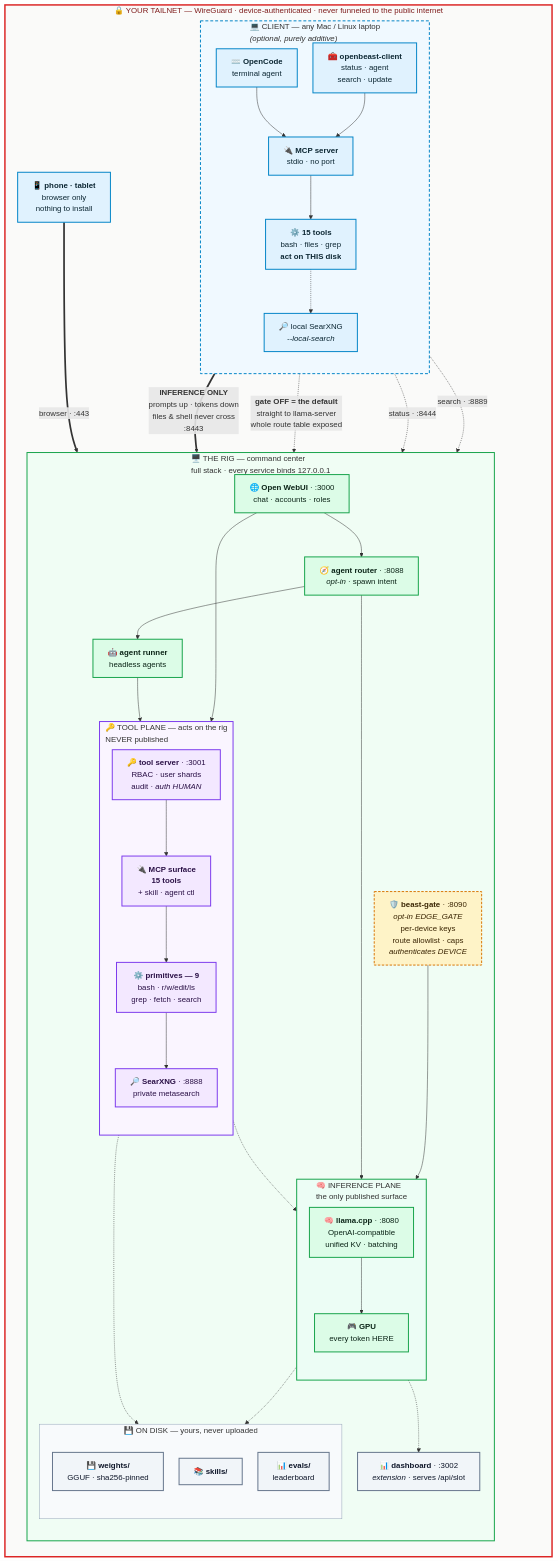
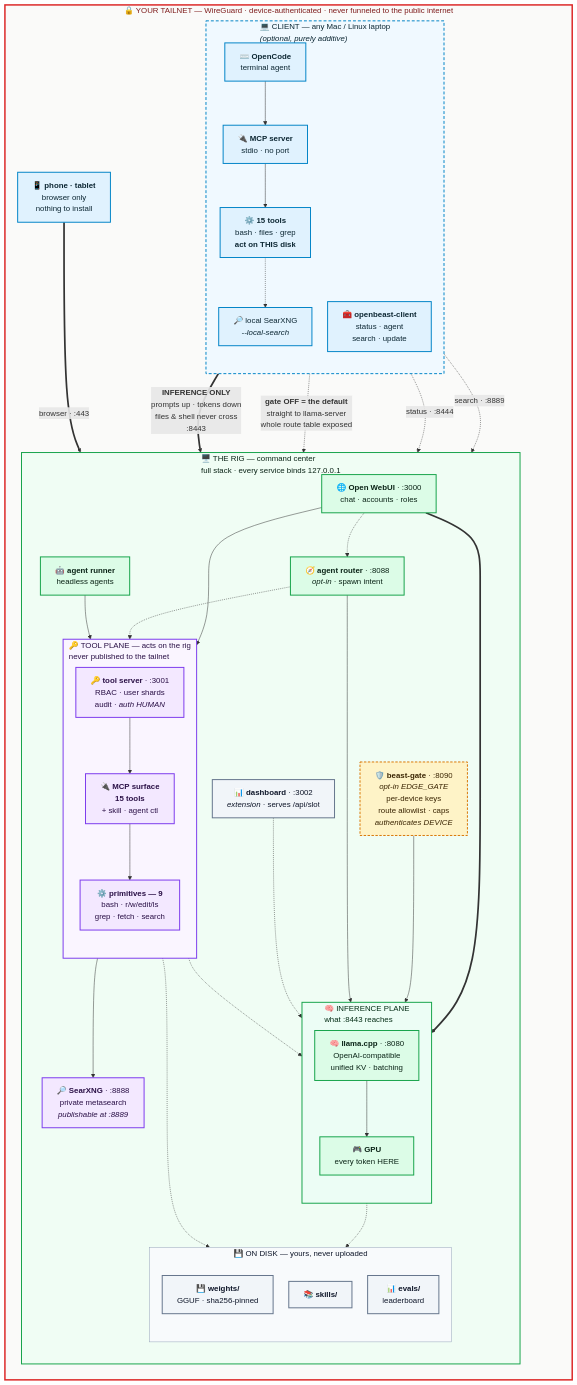
One commit to MaximilianKhan/openbeast changed the diagram in README.md. Above: the diagram before and after it, drawn with Mermaid. The commit also changed other lines of this file and 2 other files, not shown here.

````diff
--- a/README.md
+++ b/README.md
@@ -257,7 +267,6 @@
       ctools["⚙️ <b>15 tools</b><br/>bash · files · grep<br/><b>act on THIS disk</b>"]
       csx["🔎 local SearXNG<br/><i>--local-search</i>"]
       coc --> cmcp
-      ccli --> cmcp
       cmcp --> ctools
       ctools -.-> csx
     end
@@ -274,18 +283,19 @@
       router["🧭 <b>agent router</b> · :8088<br/><i>opt-in</i> · spawn intent"]
       runner["🤖 <b>agent runner</b><br/>headless agents"]
 
-      subgraph TOOLPLANE["🔑 TOOL PLANE — acts on the rig<br/>NEVER published"]
+      subgraph TOOLPLANE["🔑 TOOL PLANE — acts on the rig<br/>never published to the tailnet"]
         direction TB
         idsrv["🔑 <b>tool server</b> · :3001<br/>RBAC · user shards<br/>audit · <i>auth HUMAN</i>"]
         mcp["🔌 <b>MCP surface</b><br/><b>15 tools</b><br/>+ skill · agent ctl"]
         prim["⚙️ <b>primitives — 9</b><br/>bash · r/w/edit/ls<br/>grep · fetch · search"]
-        searx["🔎 <b>SearXNG</b> · :8888<br/>private metasearch"]
         idsrv --> mcp
         mcp --> prim
-        prim --> searx
       end
 
-      subgraph INFPLANE["🧠 INFERENCE PLANE<br/>the only published surface"]
+      searx["🔎 <b>SearXNG</b> · :8888<br/>private metasearch<br/><i>publishable at :8889</i>"]
+      prim --> searx
+
+      subgraph INFPLANE["🧠 INFERENCE PLANE<br/>what :8443 reaches"]
         direction TB
         llama["🧠 <b>llama.cpp</b> · :8080<br/>OpenAI-compatible<br/>unified KV · batching"]
         gpu["🎮 <b>GPU</b><br/>every token HERE"]
@@ -300,14 +310,15 @@
       end
 
       webui --> idsrv
-      webui --> router
-      router --> runner
+      webui ==> llama
+      webui -.-> router
+      router -.-> idsrv
       runner --> prim
       gate --> llama
       router --> llama
       prim -.-> llama
       llama -.-> weights
-      llama -.-> dash
+      dash -.-> llama
       mcp -.-> skills
     end
   end
@@ -329,9 +340,9 @@
   class idsrv,mcp,prim,searx tool;
   class weights,skills,evals,dash store;
   style TAILNET fill:#fafaf9,stroke:#dc2626,stroke-width:3px,color:#7f1d1d;
-  style CLIENTBOX fill:#f0f9ff,stroke:#0284c7,stroke-width:2px,stroke-dasharray:6 4;
-  style RIG fill:#f0fdf4,stroke:#16a34a,stroke-width:2px;
-  style TOOLPLANE fill:#faf5ff,stroke:#7c3aed,stroke-width:2px;
-  style INFPLANE fill:#ecfdf5,stroke:#16a34a,stroke-width:2px;
-  style ASSETS fill:#f8fafc,stroke:#94a3b8,stroke-width:1px;
+  style CLIENTBOX fill:#f0f9ff,stroke:#0284c7,stroke-width:2px,stroke-dasharray:6 4,color:#0c2733;
+  style RIG fill:#f0fdf4,stroke:#16a34a,stroke-width:2px,color:#0b2417;
+  style TOOLPLANE fill:#faf5ff,stroke:#7c3aed,stroke-width:2px,color:#2a1046;
+  style INFPLANE fill:#ecfdf5,stroke:#16a34a,stroke-width:2px,color:#052e16;
+  style ASSETS fill:#f8fafc,stroke:#94a3b8,stroke-width:1px,color:#0f172a;
 ```
````
